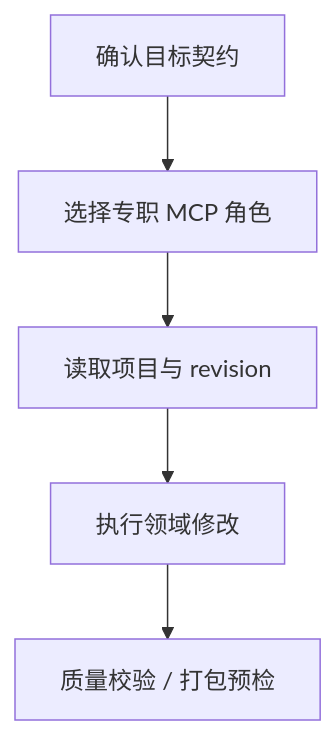
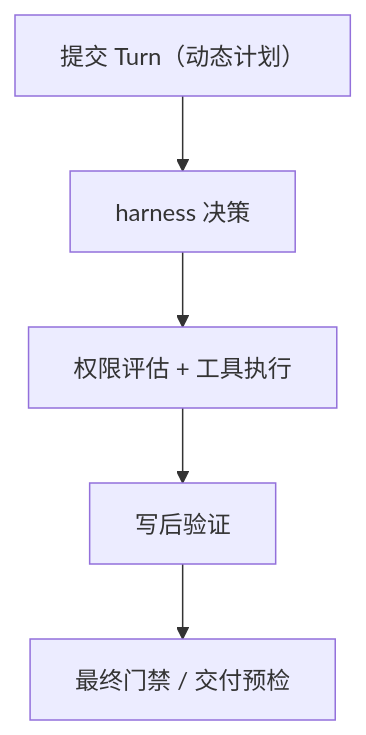
One commit to xns1997/FormFlow-Studio changed the diagram in docs/readme/ai-project-editing.md. Above: the diagram before and after it, drawn with Mermaid. The commit also changed other lines of this file and 162 other files, not shown here.

````diff
--- a/docs/readme/ai-project-editing.md
+++ b/docs/readme/ai-project-editing.md
@@ -30,7 +31,7 @@
 ```mermaid
 flowchart TD
-  A["确认目标契约"] --> B["选择专职 MCP 角色"]
-  B --> C["读取项目与 revision"]
-  C --> D["执行领域修改"]
-  D --> E["质量校验 / 打包预检"]
+  A["提交 Turn（动态计划）"] --> B["harness 决策"]
+  B --> C["权限评估 + 工具执行"]
+  C --> D["写后验证"]
+  D --> E["最终门禁 / 交付预检"]
 ```
````
